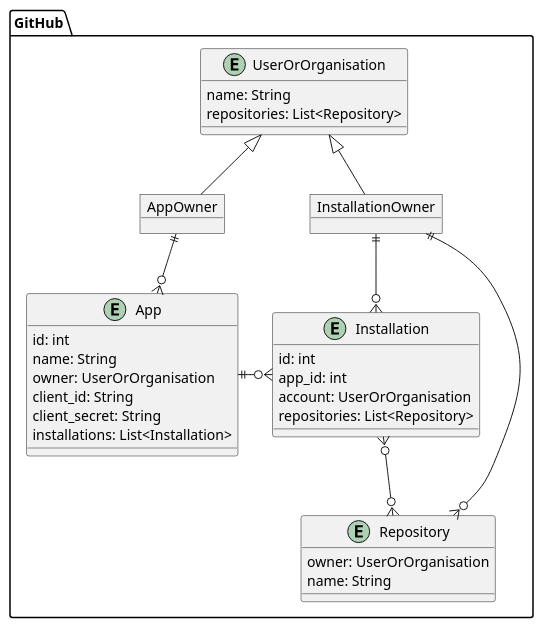
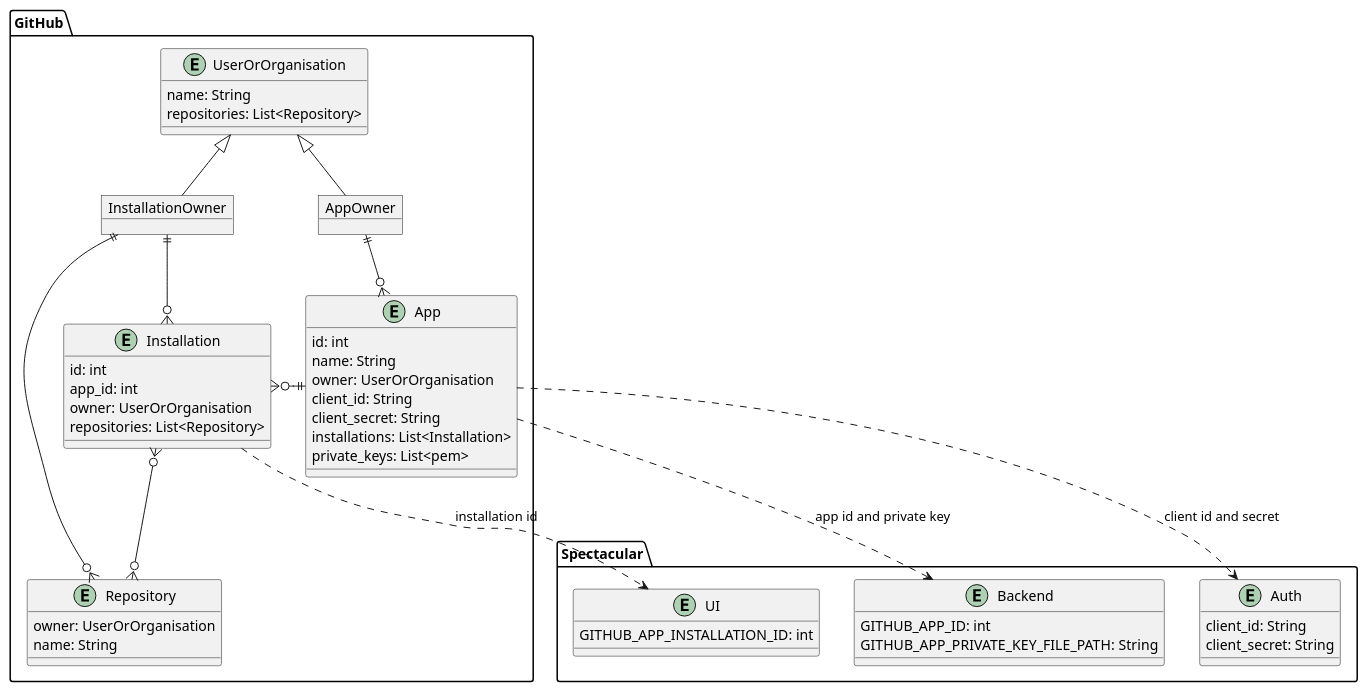
The diagram in docs/design/diagrams/github-app-config.plantuml (specmore/spectacular), drawn with PlantUML before and after one commit.

Commit message:
add mappings to spectacular component config envs

```diff
--- a/docs/design/diagrams/github-app-config.plantuml
+++ b/docs/design/diagrams/github-app-config.plantuml
@@ -1,47 +1,72 @@
 @startuml github-app-config
 
 package GitHub {
     entity UserOrOrganisation {
         name: String
         repositories: List<Repository>
     }
 
     object AppOwner {
 
     }
 
     object InstallationOwner {
 
     }
 
     entity Repository {
         owner: UserOrOrganisation
         name: String
     }
 
     entity Installation {
         id: int
         app_id: int
-        account: UserOrOrganisation
+        owner: UserOrOrganisation
         repositories: List<Repository>
     }
 
     entity App {
         id: int
         name: String
         owner: UserOrOrganisation
         client_id: String
         client_secret: String
         installations: List<Installation>
+        private_keys: List<pem>
     }
 }
 
+package Spectacular {
+    entity UI {
+        GITHUB_APP_INSTALLATION_ID: int
+    }
+
+    entity Auth {
+        client_id: String
+        client_secret: String
+    }
+
+    entity Backend {
+        GITHUB_APP_ID: int
+        GITHUB_APP_PRIVATE_KEY_FILE_PATH: String
+    }
+}
+
+' actor User
+
+' GitHub object relationships
 UserOrOrganisation <|-- AppOwner
 UserOrOrganisation <|-- InstallationOwner
 InstallationOwner ||--o{ Installation
 AppOwner ||--o{ App
 InstallationOwner ||--o{ Repository
 App ||-o{ Installation
 Installation }o--o{ Repository
 
+' GitHub objects to Spectacular config mappings
+Installation ..> UI : "installation id"
+App ..> Auth : "client id and secret"
+App ..> Backend : "app id and private key"
+
 @enduml
```
